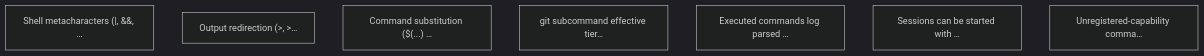
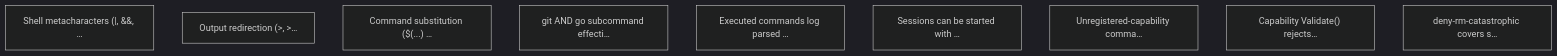
One commit to marcelocantos/doit changed the diagram in docs/targets.md. Above: the diagram before and after it, drawn with Mermaid (dark theme). The commit also changed other lines of this file and 11 other files, not shown here.

````diff
--- a/docs/targets.md
+++ b/docs/targets.md
@@ -301,10 +355,12 @@
 ```mermaid
 graph TD
     T17["Shell metacharacters (|, &&, …"]
     T18["Output redirection (&gt;, &gt…"]
     T19["Command substitution ($(...) …"]
-    T20["git subcommand effective tier…"]
+    T20["git AND go subcommand effecti…"]
     T21["Executed commands log parsed …"]
     T22["Sessions can be started with …"]
     T23["Unregistered-capability comma…"]
+    T24["Capability Validate() rejects…"]
+    T25["deny-rm-catastrophic covers s…"]
 ```
````
